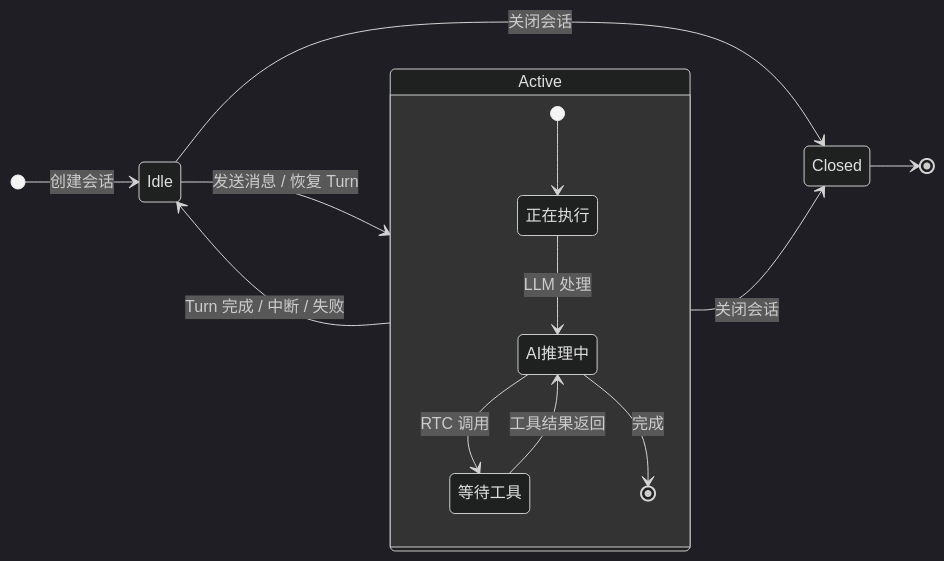
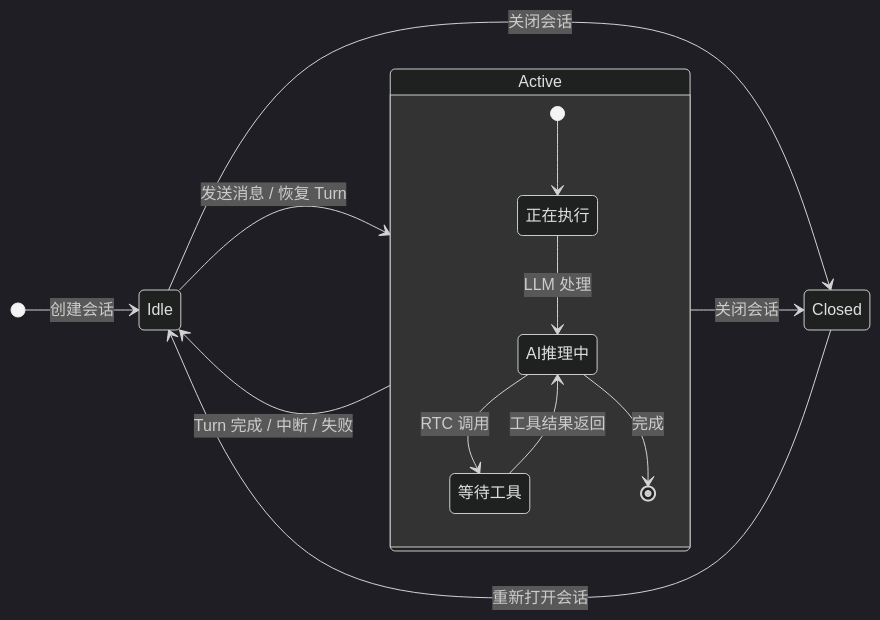
Before and after one commit to rtc-agent/docs: the first of 12 diagrams in src/content/docs/features/session.md, drawn with Mermaid (dark theme). The commit also changed other lines of this file and 19 other files, not shown here.

````diff
--- a/src/content/docs/features/session.md
+++ b/src/content/docs/features/session.md
@@ -10,22 +10,22 @@
 ```mermaid
 stateDiagram-v2
     direction LR
 
     [*] --> Idle: 创建会话
 
     Idle --> Active: 发送消息 / 恢复 Turn
     Active --> Idle: Turn 完成 / 中断 / 失败
 
     Idle --> Closed: 关闭会话
     Active --> Closed: 关闭会话
 
-    Closed --> [*]
+    Closed --> Idle: 重新打开会话
 
     state Active {
         [*] --> 正在执行
         正在执行 --> AI推理中: LLM 处理
         AI推理中 --> 等待工具: RTC 调用
         等待工具 --> AI推理中: 工具结果返回
         AI推理中 --> [*]: 完成
     }
 ```
````
